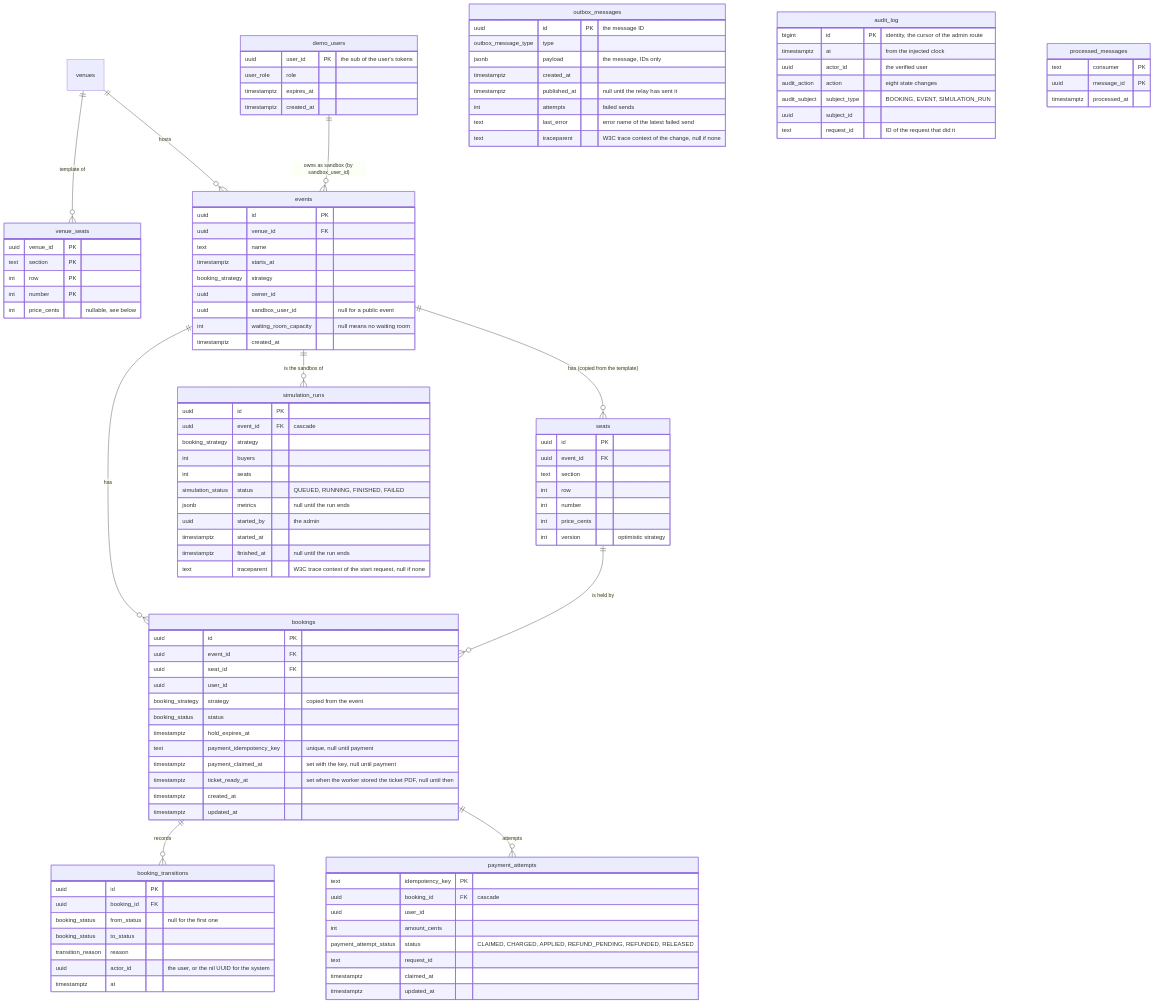
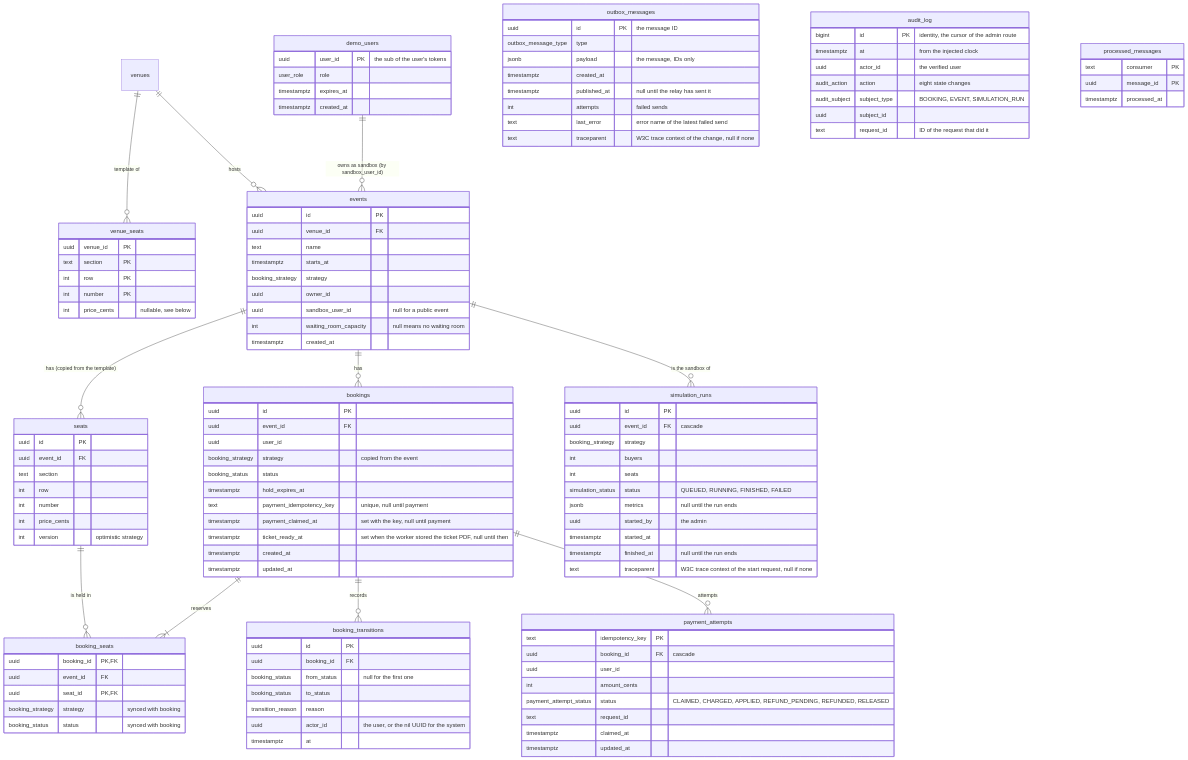
One commit to oguzbits/ticketmaster changed the first of 2 diagrams in docs/data-model.md. Above: the diagram before and after it, drawn with Mermaid. The commit also changed other lines of this file and 84 other files, not shown here.

Commit message:
feat: add multi-seat cart, best-seats selector, and booking_seats join table

```diff
--- a/docs/data-model.md
+++ b/docs/data-model.md
@@ -14,7 +14,8 @@
     events ||--o{ seats : "has (copied from the template)"
     events ||--o{ bookings : "has"
     events ||--o{ simulation_runs : "is the sandbox of"
-    seats ||--o{ bookings : "is held by"
+    bookings ||--|{ booking_seats : "reserves"
+    seats ||--o{ booking_seats : "is held in"
     bookings ||--o{ booking_transitions : "records"
     bookings ||--o{ payment_attempts : "attempts"
     demo_users ||--o{ events : "owns as sandbox (by sandbox_user_id)"
@@ -49,7 +50,6 @@
     bookings {
         uuid id PK
         uuid event_id FK
-        uuid seat_id FK
         uuid user_id
         booking_strategy strategy "copied from the event"
         booking_status status
@@ -59,6 +59,13 @@
         timestamptz ticket_ready_at "set when the worker stored the ticket PDF, null until then"
         timestamptz created_at
         timestamptz updated_at
+    }
+    booking_seats {
+        uuid booking_id PK, FK
+        uuid event_id FK
+        uuid seat_id PK, FK
+        booking_strategy strategy "synced with booking"
+        booking_status status "synced with booking"
     }
     demo_users {
         uuid user_id PK "the sub of the user's tokens"
```
